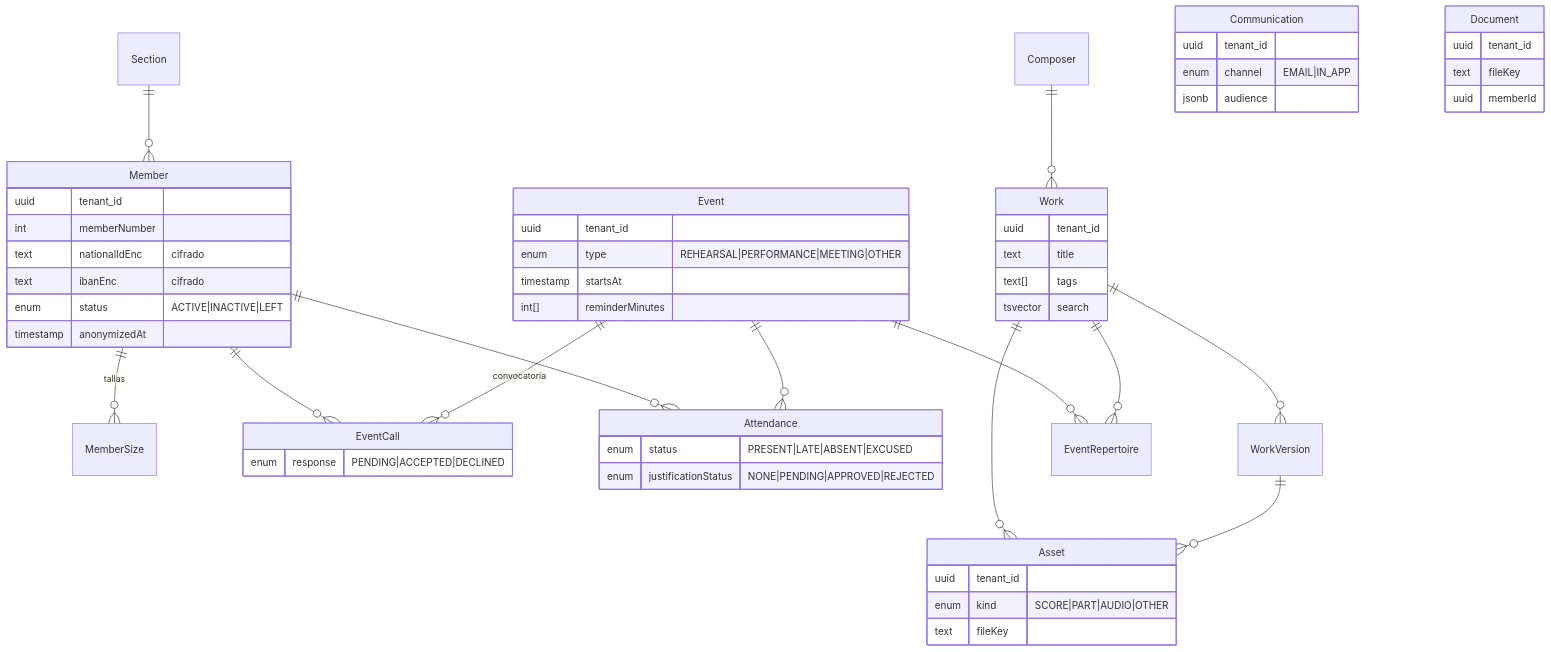
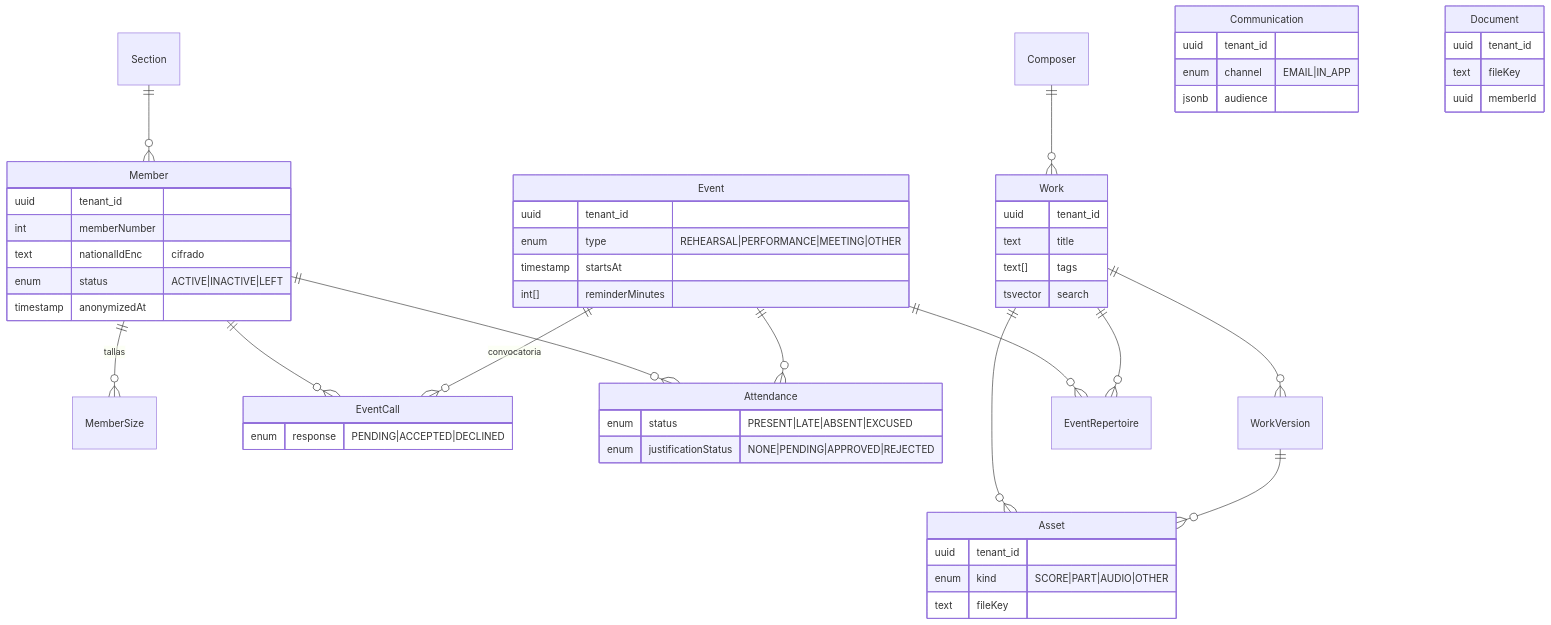
The second of 8 diagrams in docs/data-model.md (jl-sysmanager/solfeggio), drawn with Mermaid before and after one commit. The commit also changed other lines of this file and 32 other files, not shown here.

````diff
--- a/docs/data-model.md
+++ b/docs/data-model.md
@@ -85,42 +85,41 @@
 ```mermaid
 erDiagram
   Section ||--o{ Member : ""
   Member ||--o{ MemberSize : "tallas"
   Member ||--o{ EventCall : ""
   Member ||--o{ Attendance : ""
   Composer ||--o{ Work : ""
   Work ||--o{ WorkVersion : ""
   Work ||--o{ Asset : ""
   WorkVersion ||--o{ Asset : ""
   Event ||--o{ EventRepertoire : ""
   Work ||--o{ EventRepertoire : ""
   Event ||--o{ EventCall : "convocatoria"
   Event ||--o{ Attendance : ""
 
   Member { uuid tenant_id
     int memberNumber
     text nationalIdEnc "cifrado"
-    text ibanEnc "cifrado"
     enum status "ACTIVE|INACTIVE|LEFT"
     timestamp anonymizedAt }
   Communication { uuid tenant_id
     enum channel "EMAIL|IN_APP"
     jsonb audience }
   Document { uuid tenant_id
     text fileKey
     uuid memberId }
   Work { uuid tenant_id
     text title
     text[] tags
     tsvector search }
   Asset { uuid tenant_id
     enum kind "SCORE|PART|AUDIO|OTHER"
     text fileKey }
   Event { uuid tenant_id
     enum type "REHEARSAL|PERFORMANCE|MEETING|OTHER"
     timestamp startsAt
     int[] reminderMinutes }
   EventCall { enum response "PENDING|ACCEPTED|DECLINED" }
   Attendance { enum status "PRESENT|LATE|ABSENT|EXCUSED"
     enum justificationStatus "NONE|PENDING|APPROVED|REJECTED" }
 ```
````
